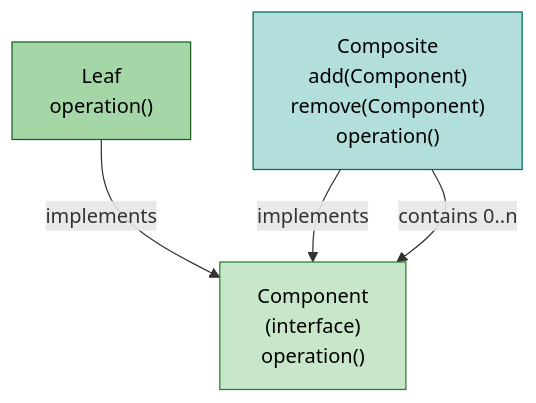
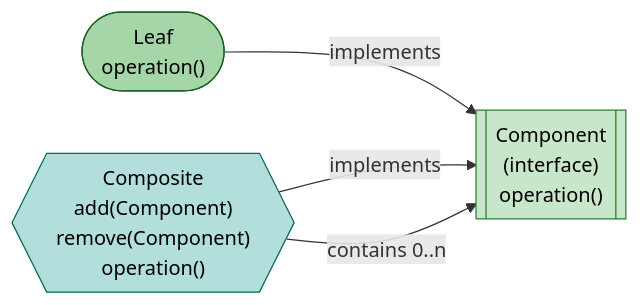
Before and after one commit to saivamsikaruturi/vamsilabs-dev-notes-main: the second of 4 diagrams in docs/designpatterns/structuralDesignPatterns/CompositeDesignPattern.md, drawn with Mermaid. The commit also changed other lines of this file and 146 other files, not shown here.

Commit message:
Horizontal diagrams, UML class diagrams, typography overhaul, and permalink cleanup

````diff
--- a/docs/designpatterns/structuralDesignPatterns/CompositeDesignPattern.md
+++ b/docs/designpatterns/structuralDesignPatterns/CompositeDesignPattern.md
@@ -37,14 +37,14 @@
 ```mermaid
-flowchart TD
-    Component["Component\n(interface)\noperation()"]
-    Leaf["Leaf\noperation()"]
-    Composite["Composite\nadd(Component)\nremove(Component)\noperation()"]
+flowchart LR
+    Component[["Component\n(interface)\noperation()"]]
+    Leaf(["Leaf\noperation()"])
+    Composite{{"Composite\nadd(Component)\nremove(Component)\noperation()"}}
 
     Leaf -->|implements| Component
     Composite -->|implements| Component
     Composite -->|contains 0..n| Component
 
     style Component fill:#c8e6c9,stroke:#2e7d32,color:#000
     style Leaf fill:#a5d6a7,stroke:#1b5e20,color:#000
     style Composite fill:#b2dfdb,stroke:#00695c,color:#000
 ```
````
